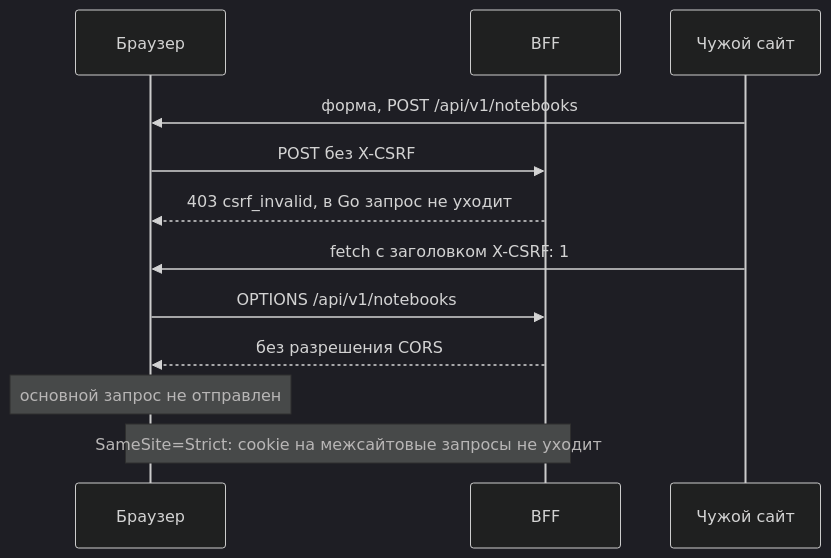
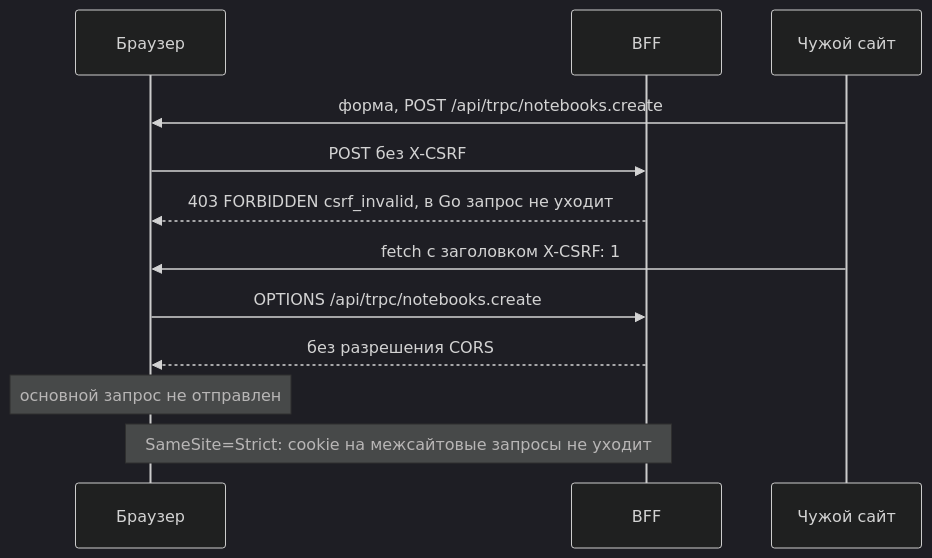
One commit to Cringe-Driven-Development-Team/docs changed the seventh of 10 diagrams in site/modules/2026-10/tracks/bff/auth.md. Above: the diagram before and after it, drawn with Mermaid (dark theme). The commit also changed other lines of this file and 1 other file, not shown here.

````diff
--- a/site/modules/2026-10/tracks/bff/auth.md
+++ b/site/modules/2026-10/tracks/bff/auth.md
@@ -285,14 +287,14 @@
 ```mermaid
 sequenceDiagram
   participant B as Браузер
   participant P as BFF
   participant E as Чужой сайт
-  E->>B: форма, POST /api/v1/notebooks
+  E->>B: форма, POST /api/trpc/notebooks.create
   B->>P: POST без X-CSRF
-  P-->>B: 403 csrf_invalid, в Go запрос не уходит
+  P-->>B: 403 FORBIDDEN csrf_invalid, в Go запрос не уходит
   E->>B: fetch с заголовком X-CSRF: 1
-  B->>P: OPTIONS /api/v1/notebooks
+  B->>P: OPTIONS /api/trpc/notebooks.create
   P-->>B: без разрешения CORS
   Note over B: основной запрос не отправлен
   Note over B,P: SameSite=Strict: cookie на межсайтовые запросы не уходит
 ```
````
